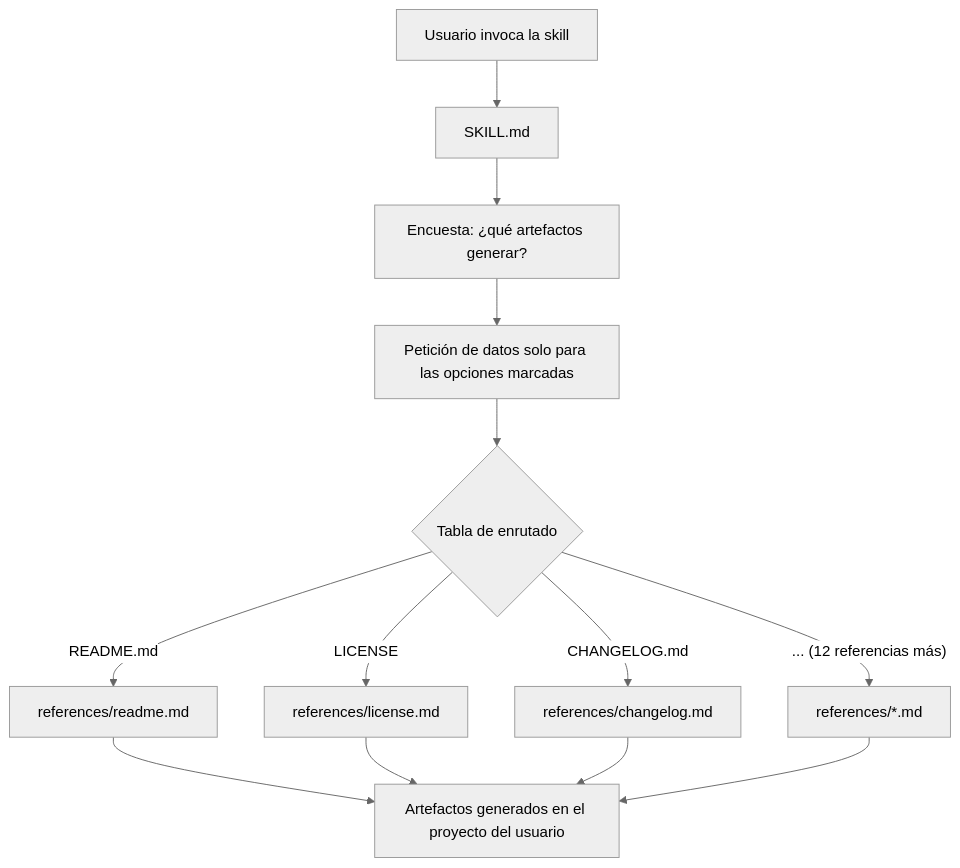
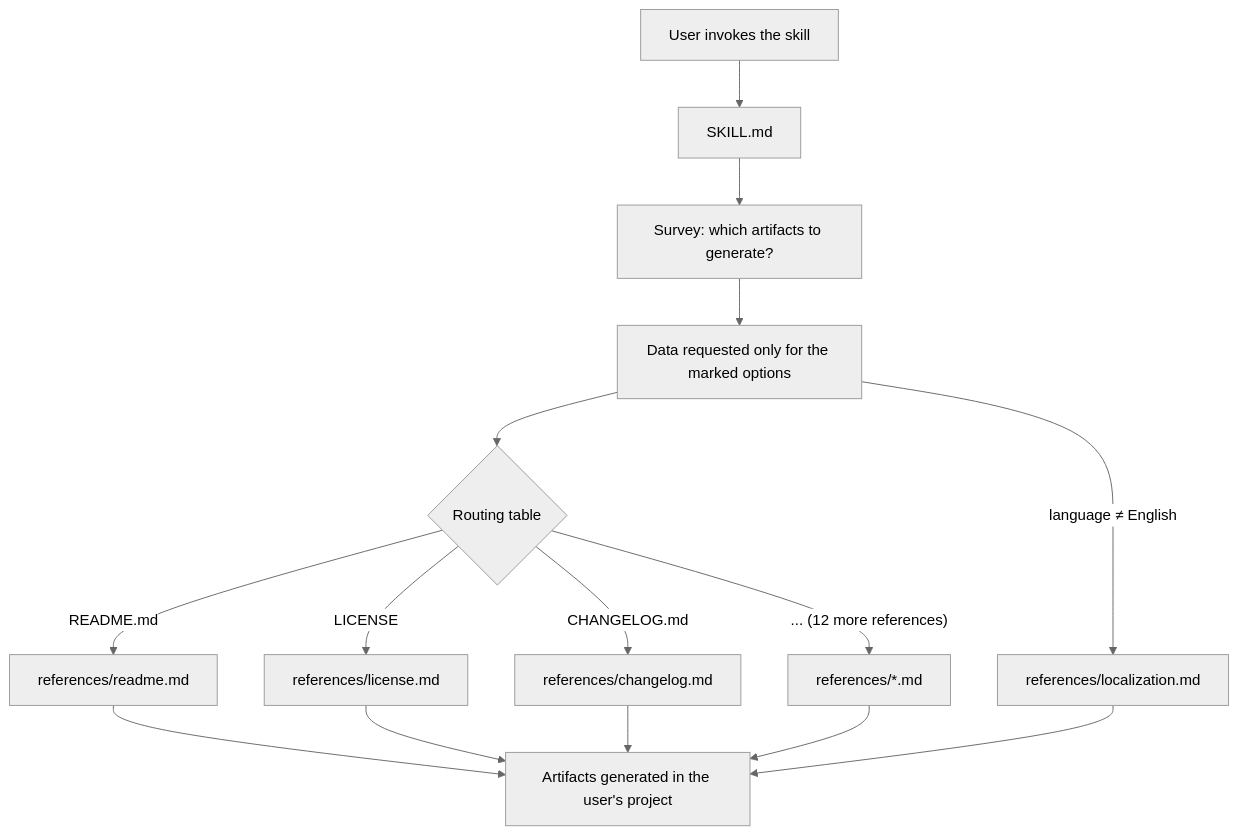
Before and after one commit to igarbayo/open-source: the diagram in README.md, drawn with Mermaid (neutral theme). The commit also changed other lines of this file and 21 other files, not shown here.

First line of the commit message:
feat: write the artifact in English and split output language from instructions

````diff
--- a/README.md
+++ b/README.md
@@ -35,15 +39,17 @@
 ```mermaid
 flowchart TD
-    A[Usuario invoca la skill] --> B[SKILL.md]
-    B --> C[Encuesta: ¿qué artefactos generar?]
-    C --> D[Petición de datos solo para las opciones marcadas]
-    D --> E{Tabla de enrutado}
+    A[User invokes the skill] --> B[SKILL.md]
+    B --> C[Survey: which artifacts to generate?]
+    C --> D[Data requested only for the marked options]
+    D --> E{Routing table}
     E -->|README.md| R1[references/readme.md]
     E -->|LICENSE| R2[references/license.md]
     E -->|CHANGELOG.md| R3[references/changelog.md]
-    E -->|"... (12 referencias más)"| R4[references/*.md]
-    R1 --> F[Artefactos generados en el proyecto del usuario]
+    E -->|"... (12 more references)"| R4[references/*.md]
+    D -->|"language ≠ English"| R5[references/localization.md]
+    R1 --> F[Artifacts generated in the user's project]
     R2 --> F
     R3 --> F
     R4 --> F
+    R5 --> F
 ```
````
